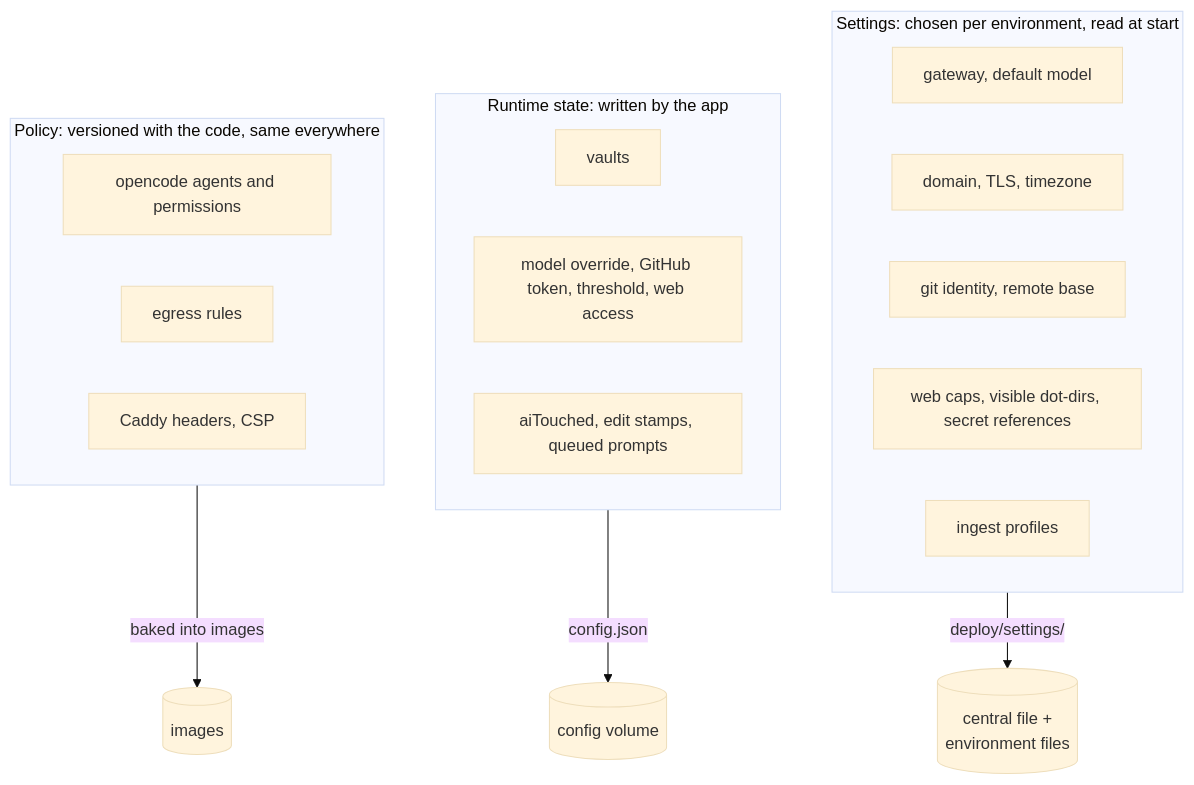
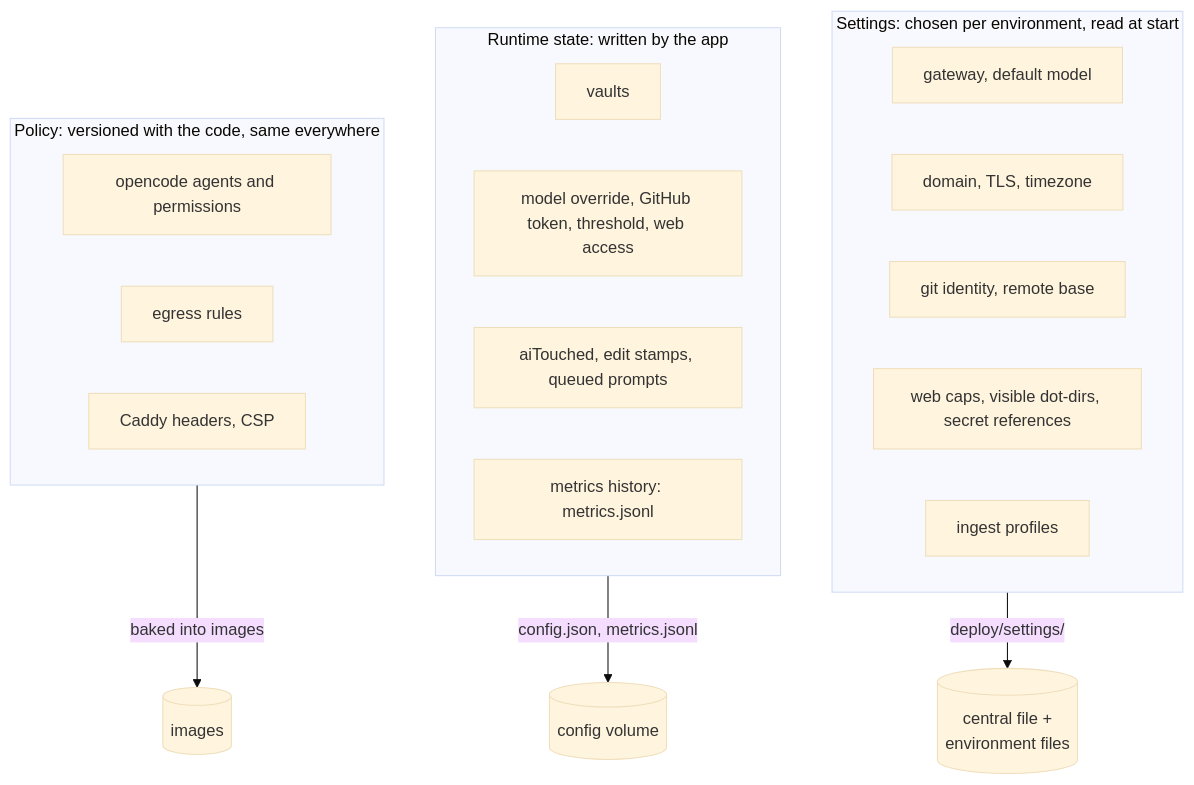
Before and after one commit to tillg/karpathy.app: the first of 24 diagrams in specs/system/domain.md, drawn with Mermaid (base theme). The commit also changed other lines of this file and 5 other files, not shown here.

````diff
--- a/specs/system/domain.md
+++ b/specs/system/domain.md
@@ -241,23 +247,24 @@
 ```mermaid
 flowchart TB
   subgraph S["Settings: chosen per environment, read at start"]
     s1[gateway, default model]
     s2[domain, TLS, timezone]
     s3[git identity, remote base]
     s4[web caps, visible dot-dirs, secret references]
     s5[ingest profiles]
   end
   subgraph R["Runtime state: written by the app"]
     r1[vaults]
     r2[model override, GitHub token, threshold, web access]
     r3[aiTouched, edit stamps, queued prompts]
+    r4[metrics history: metrics.jsonl]
   end
   subgraph P["Policy: versioned with the code, same everywhere"]
     p1[opencode agents and permissions]
     p2[egress rules]
     p3[Caddy headers, CSP]
   end
   S -->|deploy/settings/| F[(central file +<br/>environment files)]
-  R -->|config.json| C[(config volume)]
+  R -->|config.json, metrics.jsonl| C[(config volume)]
   P -->|baked into images| I[(images)]
 ```
````
